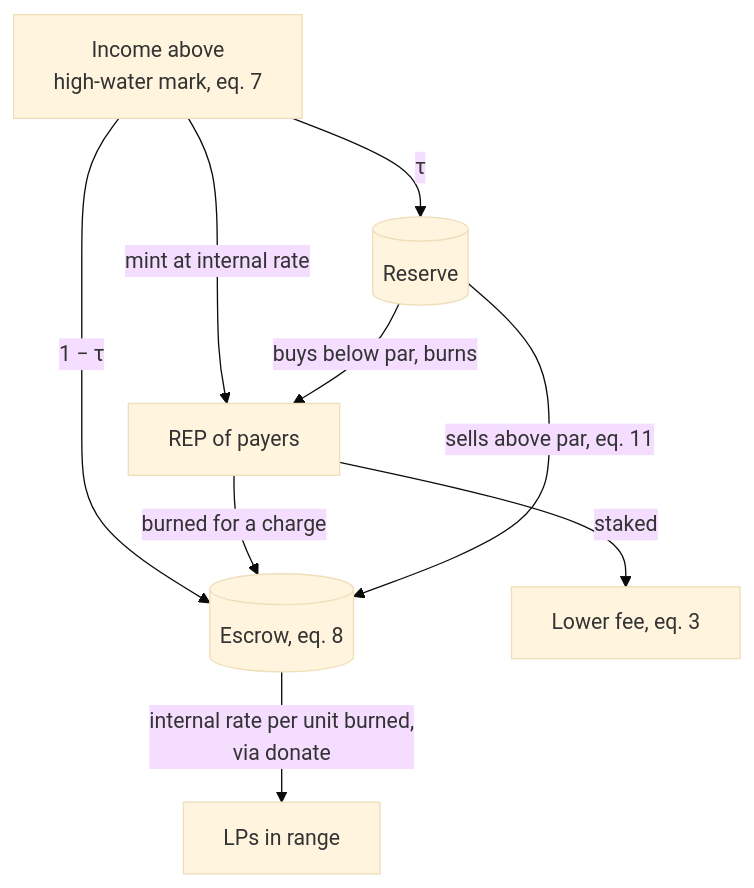
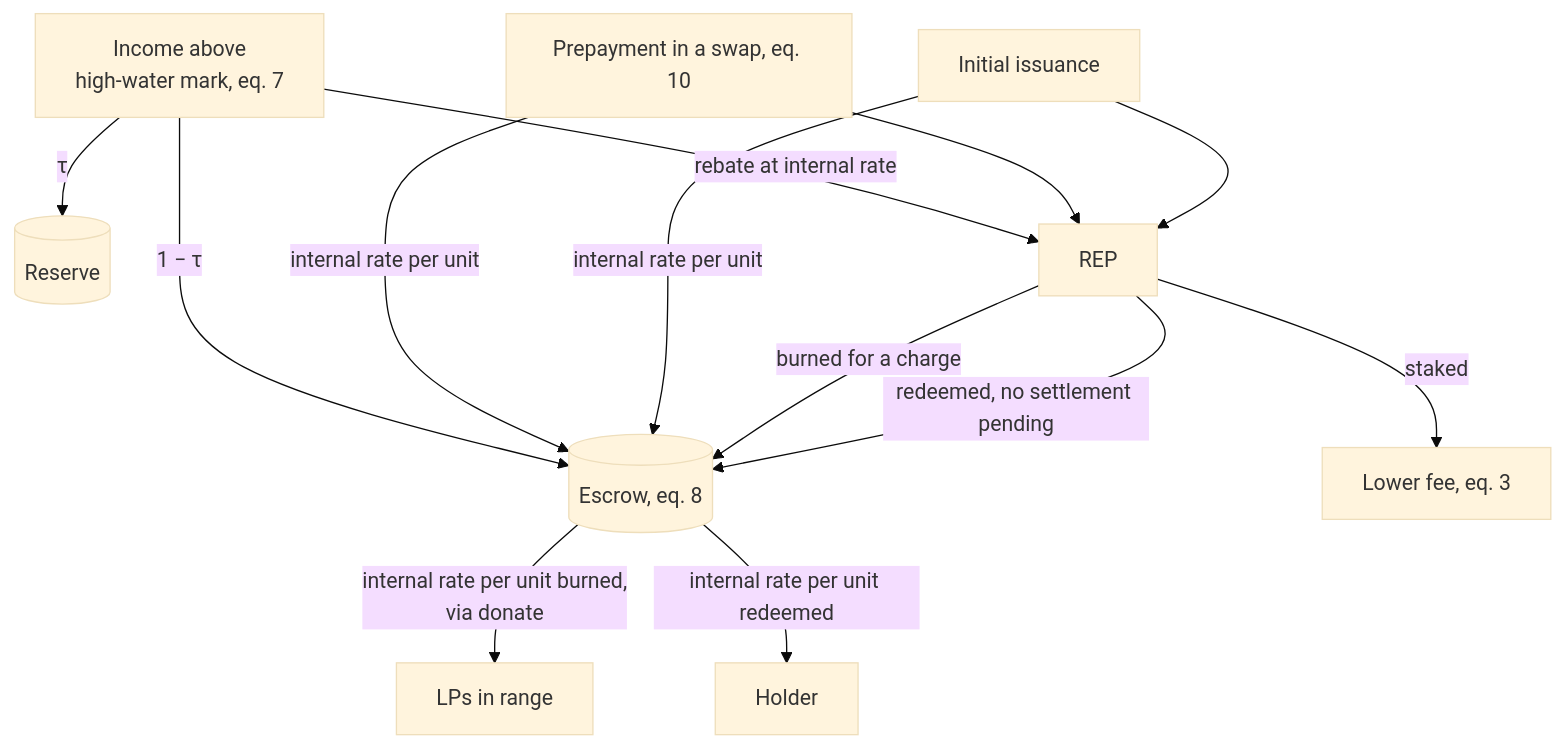
One commit to peersky/ammbro changed the third of 3 diagrams in paper.md. Above: the diagram before and after it, drawn with Mermaid (base theme). The commit also changed other lines of this file and 5 other files, not shown here.

````diff
--- a/paper.md
+++ b/paper.md
@@ -209,11 +209,15 @@
 ```mermaid
 flowchart TB
   X[Income above<br/>high-water mark, eq. 7] -->|1 − τ| E[(Escrow, eq. 8)]
   X -->|τ| R[(Reserve)]
-  X -->|mint at internal rate| T[REP of payers]
+  X -->|rebate at internal rate| T[REP]
+  Y[Prepayment in a swap, eq. 10] -->|internal rate per unit| E
+  Y --> T
+  I[Initial issuance] -->|internal rate per unit| E
+  I --> T
   T -->|staked| F[Lower fee, eq. 3]
   T -->|burned for a charge| E
   E -->|internal rate per unit burned,<br/>via donate| LP[LPs in range]
-  R -->|buys below par, burns| T
-  R -->|sells above par, eq. 11| E
+  T -->|redeemed, no settlement pending| E
+  E -->|internal rate per unit redeemed| H[Holder]
 ```
````
